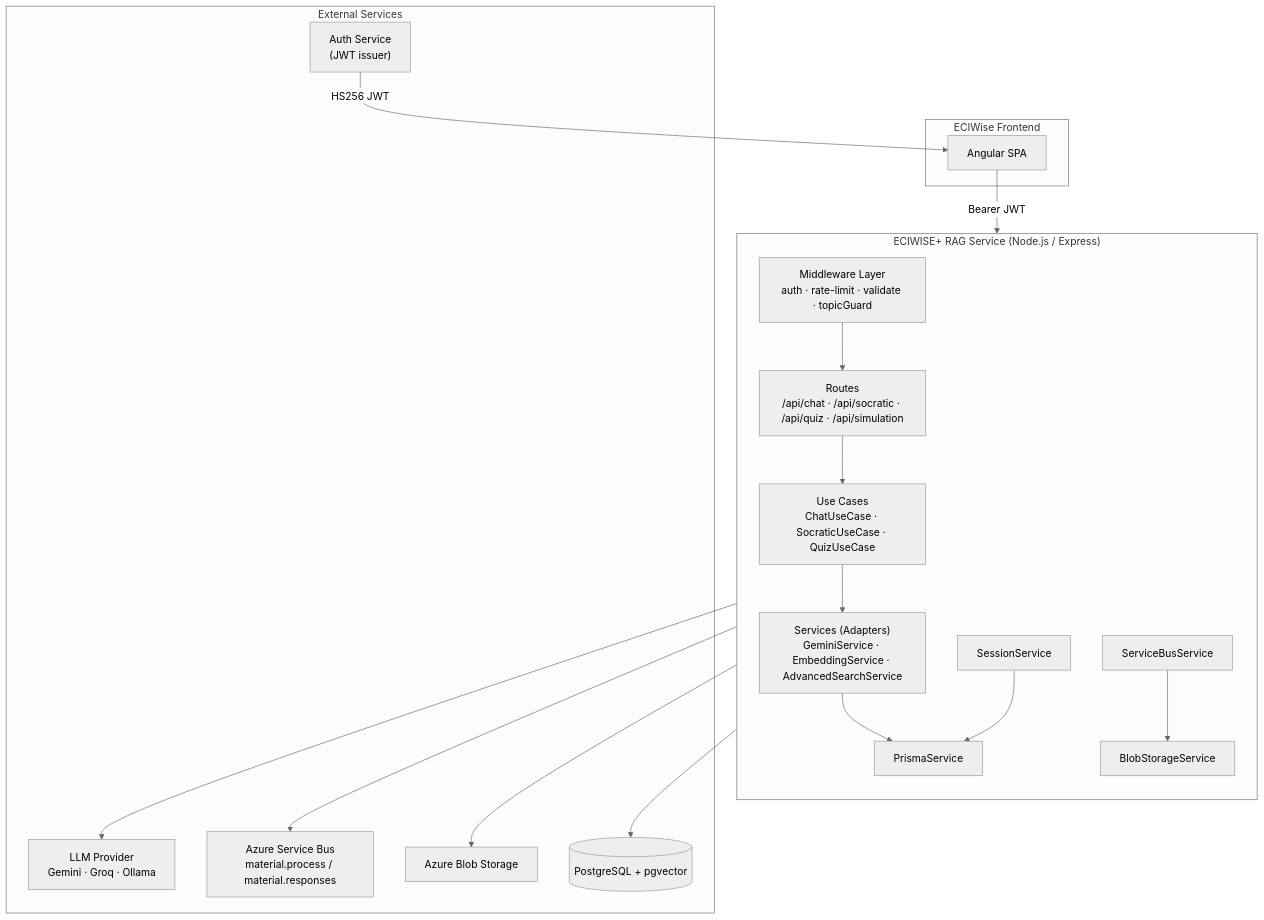
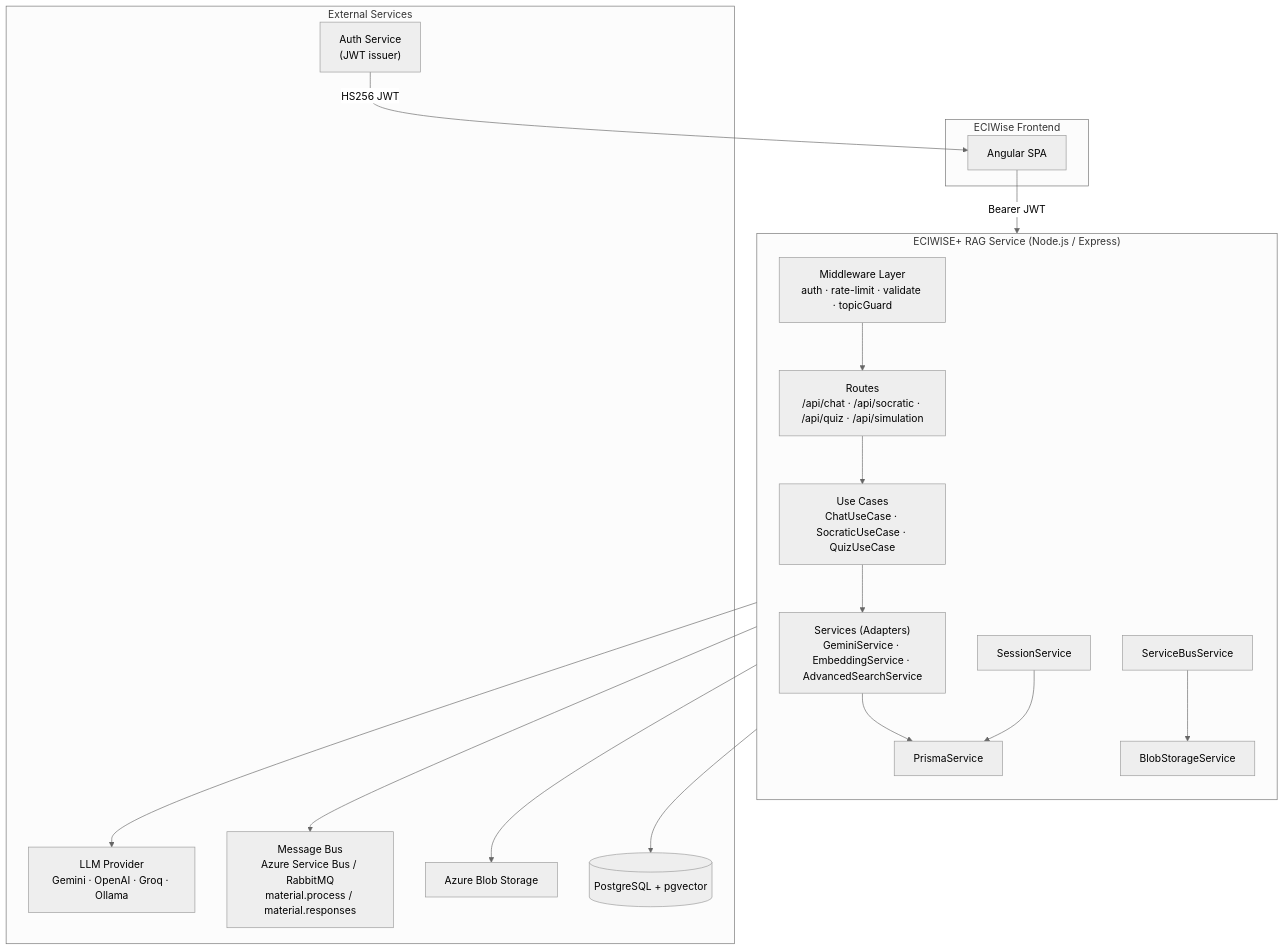
The second of 9 diagrams in how/ai-service.md (EciWise/EciWise.github.io), drawn with Mermaid (neutral theme) before and after one commit. The commit also changed other lines of this file and 3 other files, not shown here.

First line of the commit message:
docs: update AI service documentation with architecture decisions, multi-provider support, and hybrid search

```diff
--- a/how/ai-service.md
+++ b/how/ai-service.md
@@ -106,39 +107,39 @@
 <div class="mermaid">
 graph TB
     subgraph "ECIWise Frontend"
         FE[Angular SPA]
     end
 
     subgraph "ECIWISE+ RAG Service (Node.js / Express)"
         direction TB
         MWARE["Middleware Layer<br/>auth · rate-limit · validate · topicGuard"]
         ROUTES["Routes<br/>/api/chat · /api/socratic · /api/quiz · /api/simulation"]
         UC["Use Cases<br/>ChatUseCase · SocraticUseCase · QuizUseCase"]
         SVC["Services (Adapters)<br/>GeminiService · EmbeddingService · AdvancedSearchService"]
         BUS["ServiceBusService"]
         BLOB["BlobStorageService"]
         DB["PrismaService"]
         SESSION["SessionService"]
     end
 
     subgraph "External Services"
-        LLM["LLM Provider<br/>Gemini · Groq · Ollama"]
-        SB["Azure Service Bus<br/>material.process / material.responses"]
+        LLM["LLM Provider<br/>Gemini · OpenAI · Groq · Ollama"]
+        MBUS["Message Bus<br/>Azure Service Bus / RabbitMQ<br/>material.process / material.responses"]
         BLOBST["Azure Blob Storage"]
         PG[("PostgreSQL + pgvector")]
         AUTH["Auth Service<br/>(JWT issuer)"]
     end
 
     FE -->|Bearer JWT| MWARE
     MWARE --> ROUTES
     ROUTES --> UC
     UC --> SVC
     SVC --> LLM
     SVC --> DB
     DB --> PG
-    BUS --> SB
+    BUS --> MBUS
     BUS --> BLOB
     BLOB --> BLOBST
     SESSION --> DB
     AUTH -->|HS256 JWT| FE
 </div>
```
